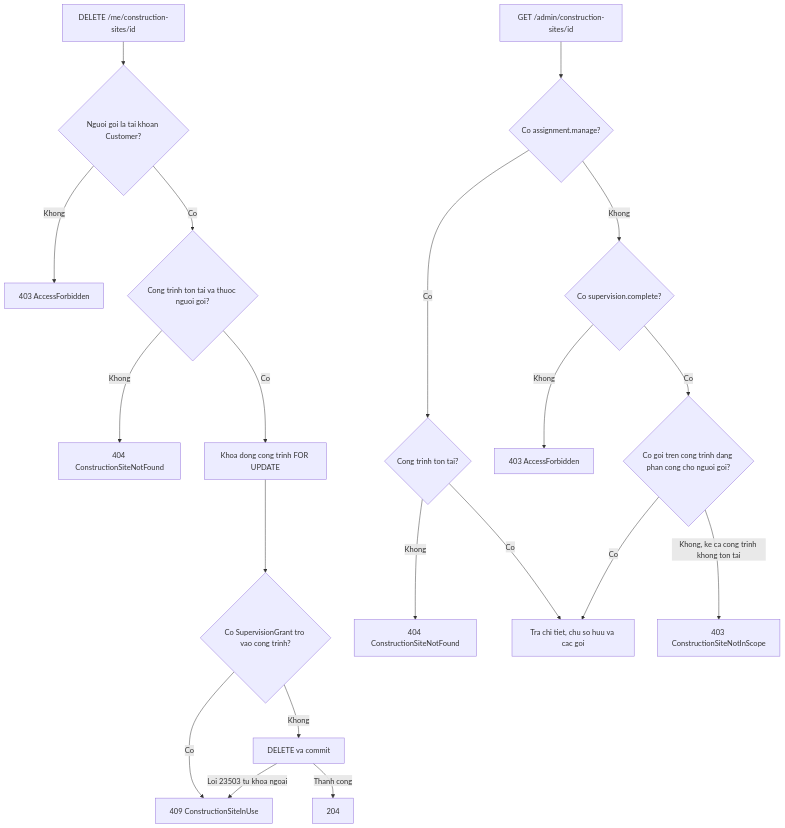
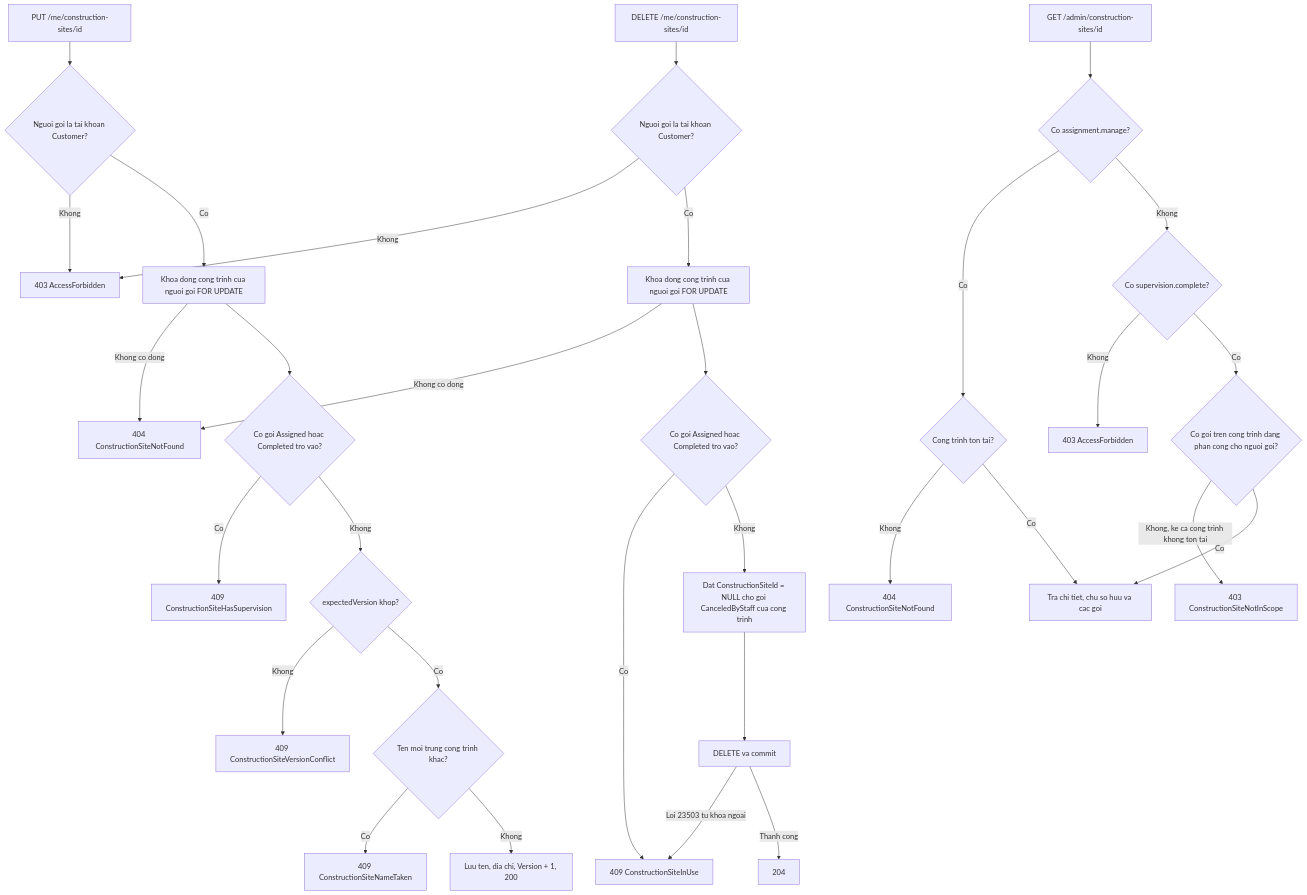
The third of 5 diagrams in tdd/TDD-SITE-001.md (TaskCoper/bmt-documentation), drawn with Mermaid before and after one commit. The commit also changed other lines of this file and 190 other files, not shown here.

````diff
--- a/tdd/TDD-SITE-001.md
+++ b/tdd/TDD-SITE-001.md
@@ -346,23 +403,35 @@
 ```mermaid
 flowchart TD
+    S[PUT /me/construction-sites/id] --> S1{Nguoi goi la tai khoan Customer?}
+    S1 -->|Khong| B1[403 AccessForbidden]
+    S1 -->|Co| S2[Khoa dong cong trinh cua nguoi goi FOR UPDATE]
+    S2 -->|Khong co dong| C1[404 ConstructionSiteNotFound]
+    S2 --> S3{Co goi Assigned hoac Completed tro vao?}
+    S3 -->|Co| S4[409 ConstructionSiteHasSupervision]
+    S3 -->|Khong| S5{expectedVersion khop?}
+    S5 -->|Khong| S6[409 ConstructionSiteVersionConflict]
+    S5 -->|Co| S7{Ten moi trung cong trinh khac?}
+    S7 -->|Co| S8[409 ConstructionSiteNameTaken]
+    S7 -->|Khong| S9[Luu ten, dia chi, Version + 1, 200]
+
     A[DELETE /me/construction-sites/id] --> B{Nguoi goi la tai khoan Customer?}
-    B -->|Khong| B1[403 AccessForbidden]
-    B -->|Co| C{Cong trinh ton tai va thuoc nguoi goi?}
-    C -->|Khong| C1[404 ConstructionSiteNotFound]
-    C -->|Co| D[Khoa dong cong trinh FOR UPDATE]
-    D --> E{Co SupervisionGrant tro vao cong trinh?}
+    B -->|Khong| B1
+    B -->|Co| D[Khoa dong cong trinh cua nguoi goi FOR UPDATE]
+    D -->|Khong co dong| C1
+    D --> E{Co goi Assigned hoac Completed tro vao?}
     E -->|Co| E1[409 ConstructionSiteInUse]
-    E -->|Khong| F[DELETE va commit]
+    E -->|Khong| E2[Dat ConstructionSiteId = NULL cho goi CanceledByStaff cua cong trinh]
+    E2 --> F[DELETE va commit]
     F -->|Loi 23503 tu khoa ngoai| E1
     F -->|Thanh cong| G[204]
 
     H[GET /admin/construction-sites/id] --> I{Co assignment.manage?}
     I -->|Co| J{Cong trinh ton tai?}
     J -->|Khong| J1[404 ConstructionSiteNotFound]
     J -->|Co| K[Tra chi tiet, chu so huu va cac goi]
     I -->|Khong| L{Co supervision.complete?}
     L -->|Khong| L1[403 AccessForbidden]
     L -->|Co| M{Co goi tren cong trinh dang phan cong cho nguoi goi?}
     M -->|Khong, ke ca cong trinh khong ton tai| M1[403 ConstructionSiteNotInScope]
     M -->|Co| K
 ```
````
